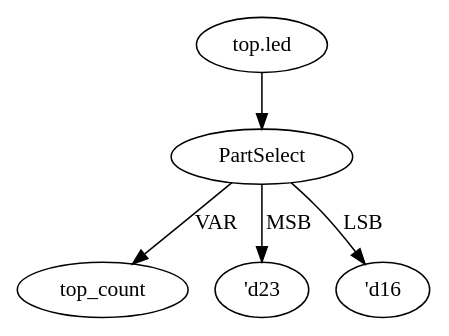
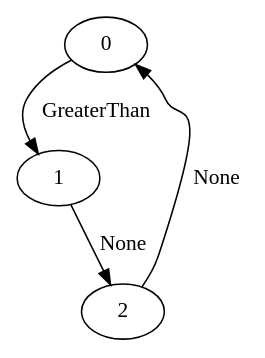
The diagram in file.dot (sarkarcal/fork-Pyverilog), drawn with Graphviz before and after one commit. The commit also changed 8 other files, not shown here.

```diff
--- a/file.dot
+++ b/file.dot
@@ -1,19 +1,9 @@
 strict digraph "" {
 	node [label="\N"];
-	"top.led_graphrename_0"	 [color=black,
-		label="top.led"];
-	PartSelect_graphrename_1	 [color=black,
-		label=PartSelect];
-	"top.led_graphrename_0" -> PartSelect_graphrename_1	 [color=black];
-	top_count	 [color=black];
-	PartSelect_graphrename_1 -> top_count	 [color=black,
-		label=VAR];
-	"'d23_graphrename_2"	 [color=black,
-		label="'d23"];
-	PartSelect_graphrename_1 -> "'d23_graphrename_2"	 [color=black,
-		label=MSB];
-	"'d16_graphrename_3"	 [color=black,
-		label="'d16"];
-	PartSelect_graphrename_1 -> "'d16_graphrename_3"	 [color=black,
-		label=LSB];
+	0	 [label=0];
+	1	 [label=1];
+	0 -> 1	 [label=GreaterThan];
+	2	 [label=2];
+	1 -> 2	 [label=None];
+	2 -> 0	 [label=None];
 }
```
